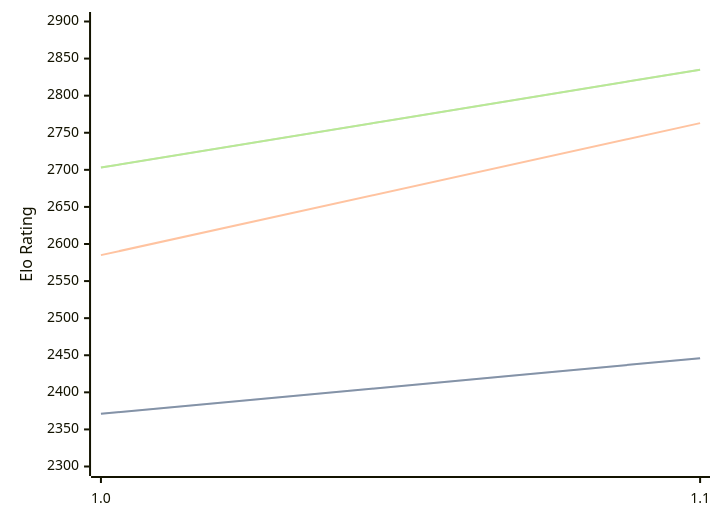
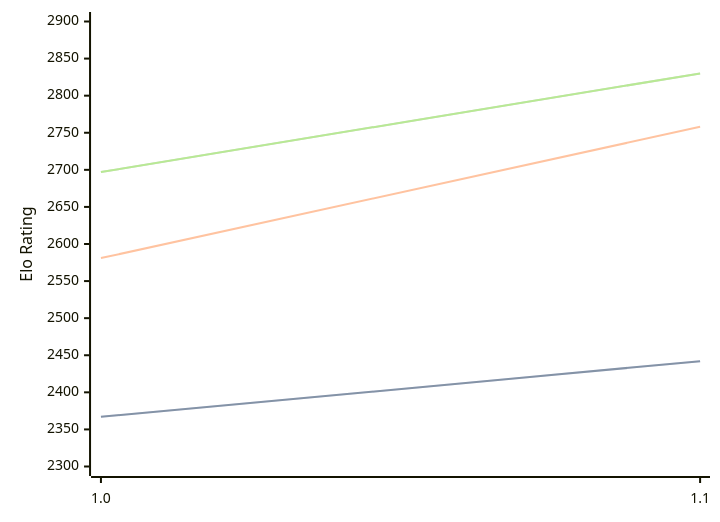
One commit to computer-chess-index/cci changed the diagram in engines/FoxChess.md. Above: the diagram before and after it, drawn with Mermaid. The commit also changed other lines of this file, not shown here.

Commit message:
Update CCI Ratings (ELO VLTC) - 2026-05-18

````diff
--- a/engines/FoxChess.md
+++ b/engines/FoxChess.md
@@ -32,11 +32,11 @@
 ```mermaid
 %%{init: {"theme":"base","themeVariables":{"seriesColors:['#a3a3a3','#222221','#faa371']}}}%%
 xychart-beta
   x-axis ["1.0", "1.1"]
   y-axis "Elo Rating" 2300 --> 2900
-  line "STC (8.0+0.08s)" [2371, 2446]
-  line "STC (8.0+0.08s)" [2371, 2446]
-  line "LTC (60.0+0.60s)" [2585, 2763]
-  line "VLTC (2m24s+1.12s)" [2703, 2835]
-  line "VLTC (2m24s+1.12s)" [2703, 2835]
+  line "STC (8.0+0.08s)" [2367, 2442]
+  line "STC (8.0+0.08s)" [2367, 2442]
+  line "LTC (60.0+0.60s)" [2581, 2758]
+  line "VLTC (2m24s+1.12s)" [2697, 2830]
+  line "VLTC (2m24s+1.12s)" [2697, 2830]
 ```
````
